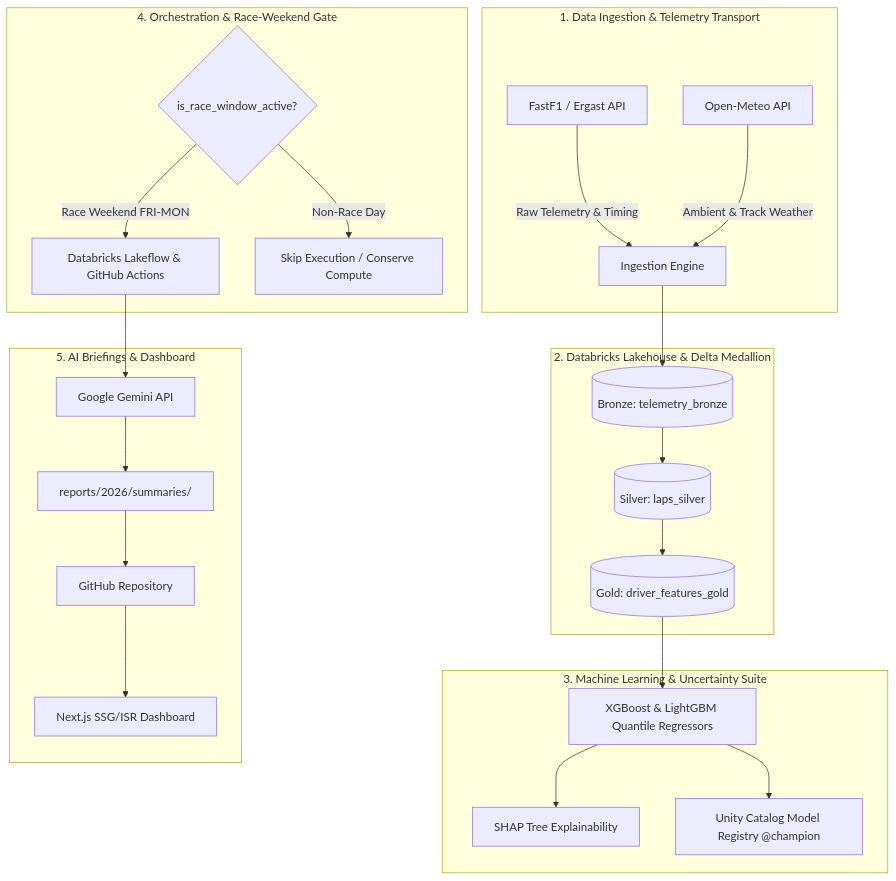
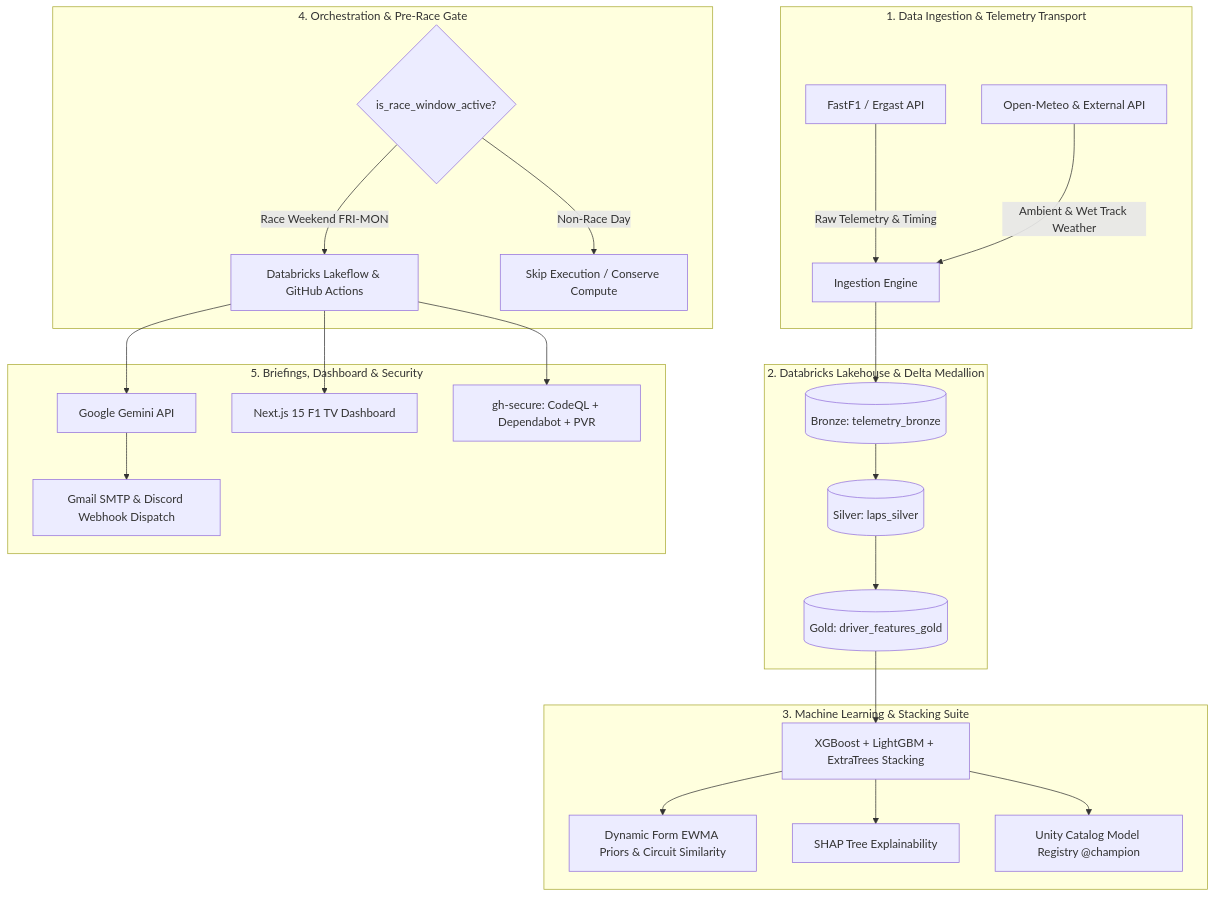
One commit to JuanjoRestrepo/f1_2026_predictions changed the diagram in docs/ARCHITECTURE.md. Above: the diagram before and after it, drawn with Mermaid. The commit also changed other lines of this file, not shown here.

Commit message:
docs: update Mermaid system architecture diagram in ARCHITECTURE.md

````diff
--- a/docs/ARCHITECTURE.md
+++ b/docs/ARCHITECTURE.md
@@ -9,32 +9,33 @@
 ```mermaid
 flowchart TD
     subgraph Data Layer [1. Data Ingestion & Telemetry Transport]
         FastF1[FastF1 / Ergast API] --> |Raw Telemetry & Timing| Ingest[Ingestion Engine]
-        Weather[Open-Meteo API] --> |Ambient & Track Weather| Ingest
+        Weather[Open-Meteo & External API] --> |Ambient & Wet Track Weather| Ingest
     end
 
     subgraph Databricks [2. Databricks Lakehouse & Delta Medallion]
         Ingest --> Bronze[(Bronze: telemetry_bronze)]
         Bronze --> Silver[(Silver: laps_silver)]
         Silver --> Gold[(Gold: driver_features_gold)]
     end
 
-    subgraph ML Pipeline [3. Machine Learning & Uncertainty Suite]
-        Gold --> Train[XGBoost & LightGBM Quantile Regressors]
+    subgraph ML Pipeline [3. Machine Learning & Stacking Suite]
+        Gold --> Train[XGBoost + LightGBM + ExtraTrees Stacking]
+        Train --> Dynamic[Dynamic Form EWMA Priors & Circuit Similarity]
         Train --> SHAP[SHAP Tree Explainability]
         Train --> UC[Unity Catalog Model Registry @champion]
     end
 
-    subgraph Orchestration [4. Orchestration & Race-Weekend Gate]
+    subgraph Orchestration [4. Orchestration & Pre-Race Gate]
         Gate{is_race_window_active?}
         Gate --> |Race Weekend FRI-MON| Workflow[Databricks Lakeflow & GitHub Actions]
         Gate --> |Non-Race Day| Skip[Skip Execution / Conserve Compute]
     end
 
-    subgraph LLM & Delivery [5. AI Briefings & Dashboard]
+    subgraph Delivery & Security [5. Briefings, Dashboard & Security]
         Workflow --> Gemini[Google Gemini API]
-        Gemini --> Summaries[reports/2026/summaries/]
-        Summaries --> Git[GitHub Repository]
-        Git --> Vercel[Next.js SSG/ISR Dashboard]
+        Gemini --> Briefings[Gmail SMTP & Discord Webhook Dispatch]
+        Workflow --> Dashboard[Next.js 15 F1 TV Dashboard]
+        Workflow --> Security[gh-secure: CodeQL + Dependabot + PVR]
     end
 ```
````
